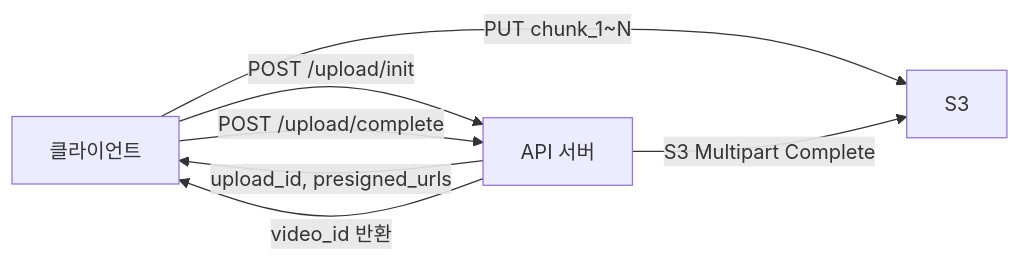
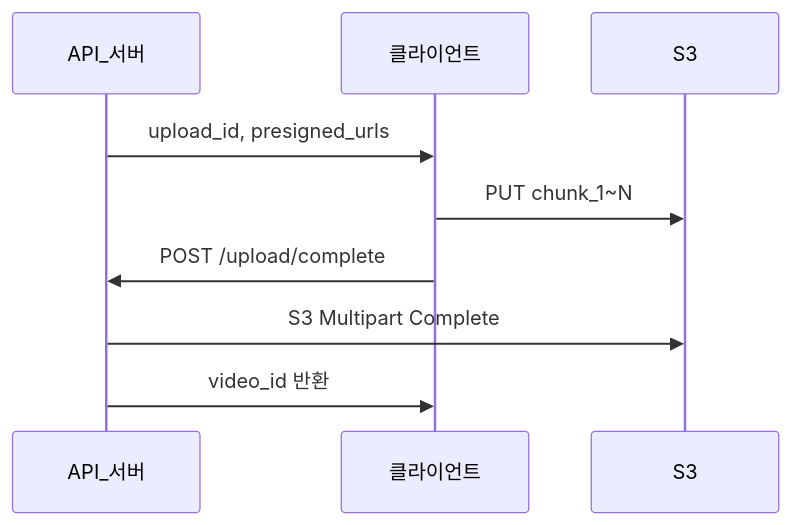
Before and after one commit to yjkim2015/yjkim2015.github.io: the second of 12 diagrams in _posts/systemdesign/2026-05-03-system-design-video-streaming.md, drawn with Mermaid. The commit also changed other lines of this file and 89 other files, not shown here.

First line of the commit message:
복잡한 flowchart 163개 → sequenceDiagram 변환 (90파일)

````diff
--- a/_posts/systemdesign/2026-05-03-system-design-video-streaming.md
+++ b/_posts/systemdesign/2026-05-03-system-design-video-streaming.md
@@ -172,9 +172,8 @@
 ```mermaid
-graph LR
-    C["클라이언트"] -->|"POST /upload/init"| A["API 서버"]
-    A -->|"upload_id, presigned_urls"| C
-    C -->|"PUT chunk_1~N"| S["S3"]
-    C -->|"POST /upload/complete"| A
-    A -->|"S3 Multipart Complete"| S
-    A -->|"video_id 반환"| C
+sequenceDiagram
+    API_서버->>클라이언트: upload_id, presigned_urls
+    클라이언트->>S3: PUT chunk_1~N
+    클라이언트->>API_서버: POST /upload/complete
+    API_서버->>S3: S3 Multipart Complete
+    API_서버->>클라이언트: video_id 반환
 ```
````
